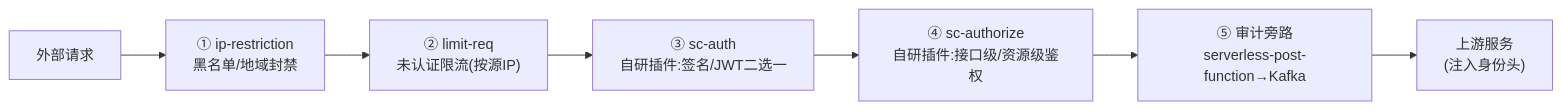
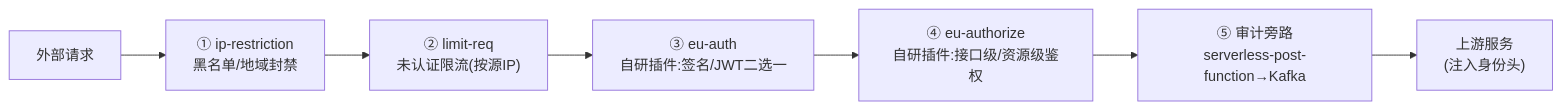
Before and after one commit to qifalab/euler-platform: the sixth of 8 diagrams in docs/architecture/07-security.md, drawn with Mermaid. The commit also changed other lines of this file and 505 other files, not shown here.

````diff
--- a/docs/architecture/07-security.md
+++ b/docs/architecture/07-security.md
@@ -475,9 +475,9 @@
 ```mermaid
 flowchart LR
     R["外部请求"] --> P1["① ip-restriction<br/>黑名单/地域封禁"]
     P1 --> P2["② limit-req<br/>未认证限流(按源IP)"]
-    P2 --> P3["③ sc-auth<br/>自研插件:签名/JWT二选一"]
-    P3 --> P4["④ sc-authorize<br/>自研插件:接口级/资源级鉴权"]
+    P2 --> P3["③ eu-auth<br/>自研插件:签名/JWT二选一"]
+    P3 --> P4["④ eu-authorize<br/>自研插件:接口级/资源级鉴权"]
     P4 --> P5["⑤ 审计旁路<br/>serverless-post-function→Kafka"]
     P5 --> UP["上游服务<br/>(注入身份头)"]
 ```
````
